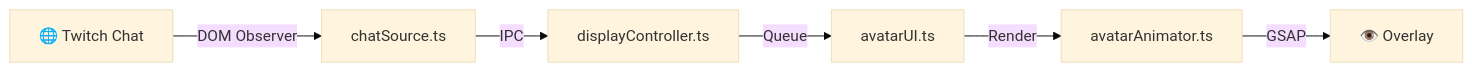
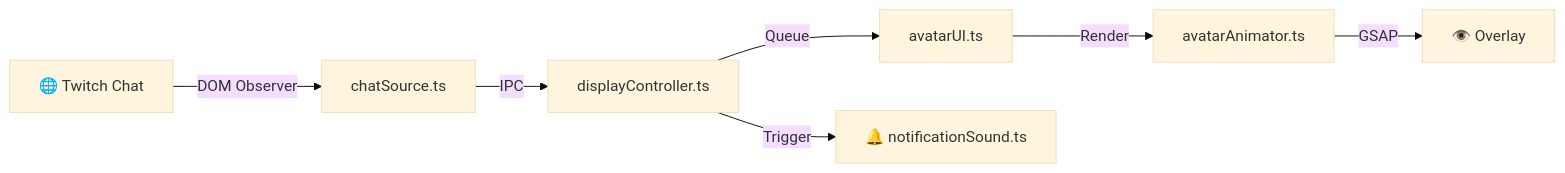
The diagram in README.md (didevlab/keeping-an-eye-on-the-chat), drawn with Mermaid (base theme) before and after one commit. The commit also changed other lines of this file and 11 other files, not shown here.

First line of the commit message:
✨ feat(notification): add notification sound feature for new chat messages

````diff
--- a/README.md
+++ b/README.md
@@ -174,8 +203,9 @@
 ```mermaid
 graph LR
     A[🌐 Twitch Chat] -->|DOM Observer| B[chatSource.ts]
     B -->|IPC| C[displayController.ts]
     C -->|Queue| D[avatarUI.ts]
+    C -->|Trigger| G[🔔 notificationSound.ts]
     D -->|Render| E[avatarAnimator.ts]
     E -->|GSAP| F[👁️ Overlay]
 ```
````
